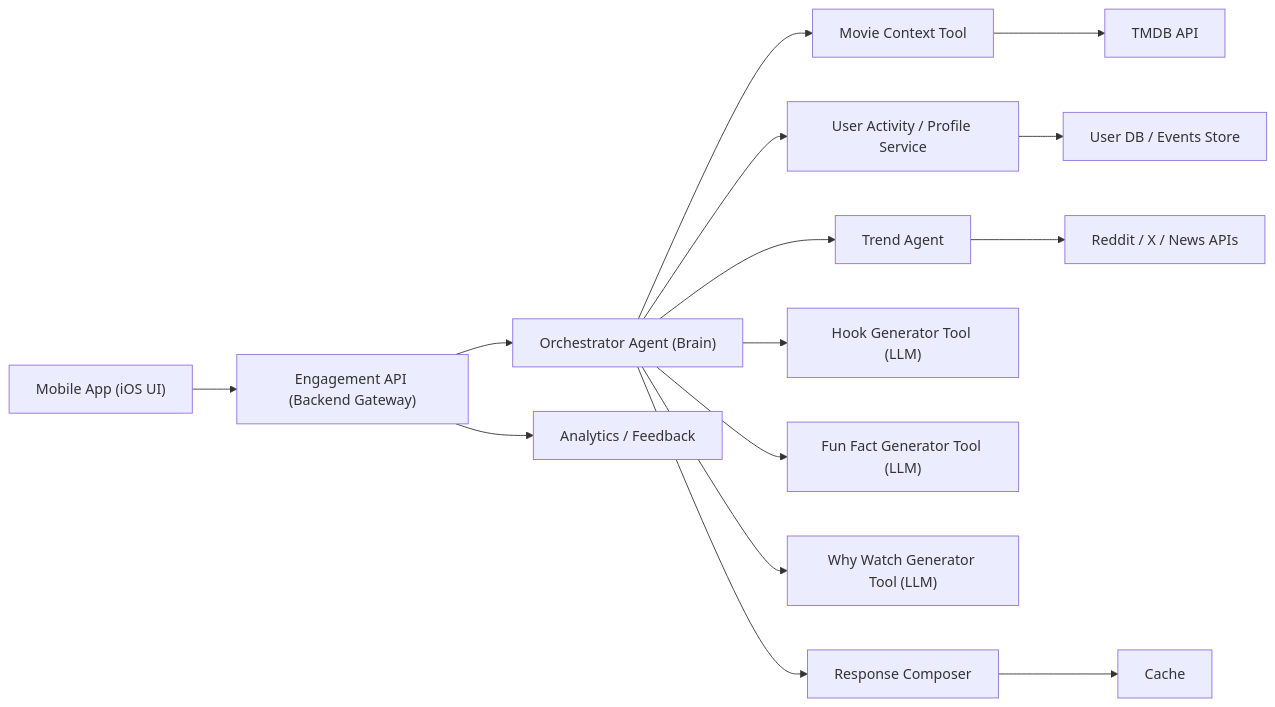
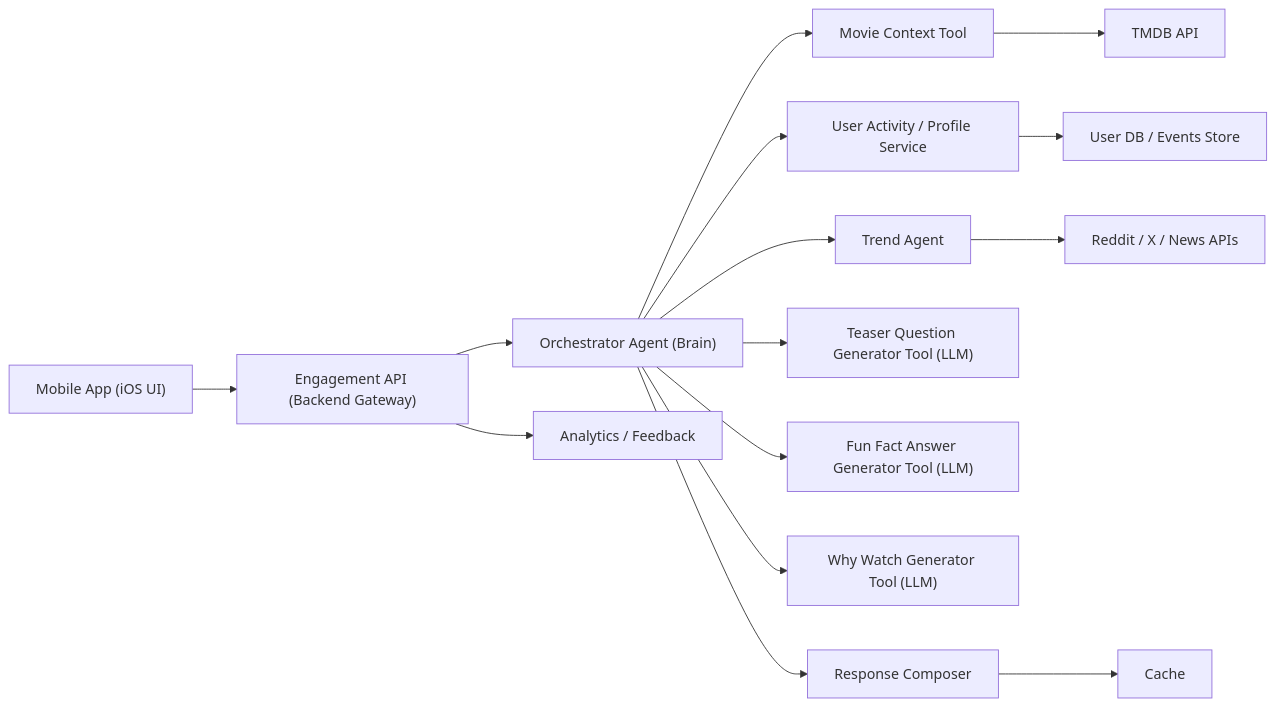
The diagram in docs/tech-spec/engagement-agent-solution-design-v1.0.0.md (kyawmyintthein/cortex-cinema), drawn with Mermaid before and after one commit. The commit also changed other lines of this file and 1 other file, not shown here.

````diff
--- a/docs/tech-spec/engagement-agent-solution-design-v1.0.0.md
+++ b/docs/tech-spec/engagement-agent-solution-design-v1.0.0.md
@@ -59,39 +62,39 @@
 ```mermaid
 flowchart LR
     A["Mobile App (iOS UI)"]
 
     B["Engagement API (Backend Gateway)"]
     C["Orchestrator Agent (Brain)"]
 
     D["Movie Context Tool"]
     E["User Activity / Profile Service"]
     F["Trend Agent"]
 
-    G["Hook Generator Tool (LLM)"]
-    H["Fun Fact Generator Tool (LLM)"]
+    G["Teaser Question Generator Tool (LLM)"]
+    H["Fun Fact Answer Generator Tool (LLM)"]
     I["Why Watch Generator Tool (LLM)"]
 
     J["Response Composer"]
     K["Cache"]
     L["Analytics / Feedback"]
 
     A --> B
     B --> C
 
     C --> D
     C --> E
     C --> F
 
     C --> G
     C --> H
     C --> I
 
     C --> J
     J --> K
 
     B --> L
 
     D --> M["TMDB API"]
     E --> N["User DB / Events Store"]
     F --> O["Reddit / X / News APIs"]
 ```
````
